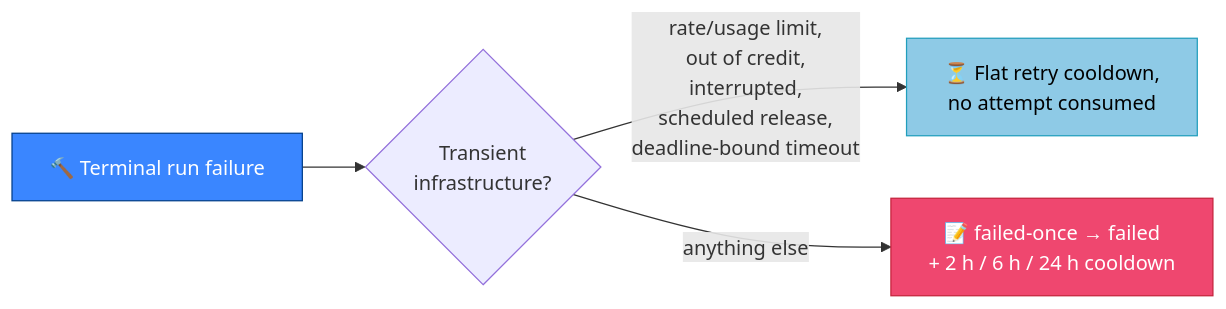
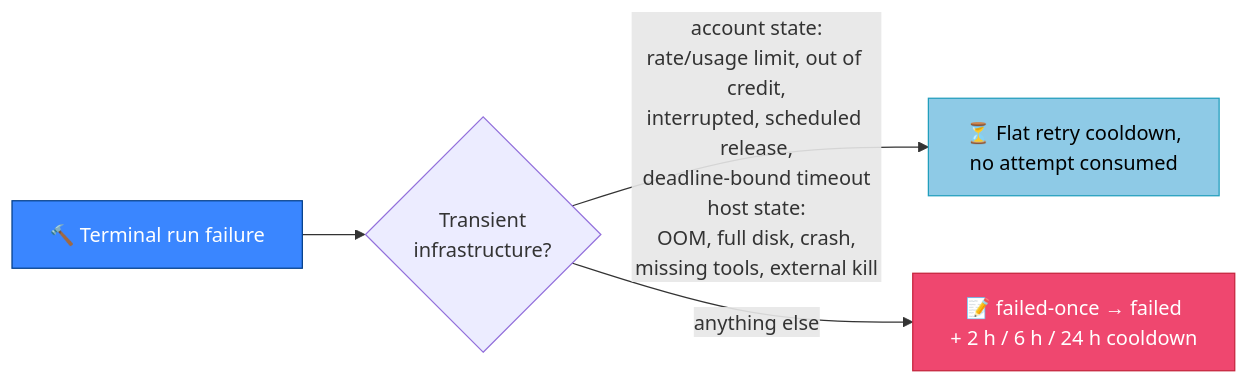
Before and after one commit to stSoftwareAU/VibeCoder: the second of 4 diagrams in docs/USAGE.md, drawn with Mermaid. The commit also changed other lines of this file and 8 other files, not shown here.

````diff
--- a/docs/USAGE.md
+++ b/docs/USAGE.md
@@ -281,10 +293,10 @@
 ```mermaid
 flowchart LR
     F["🔨 Terminal run failure"] --> C{"Transient<br/>infrastructure?"}
-    C -->|"rate/usage limit,<br/>out of credit,<br/>interrupted,<br/>scheduled release,<br/>deadline-bound timeout"| T["⏳ Flat retry cooldown,<br/>no attempt consumed"]
+    C -->|"account state:<br/>rate/usage limit, out of credit,<br/>interrupted, scheduled release,<br/>deadline-bound timeout<br/>host state:<br/>OOM, full disk, crash,<br/>missing tools, external kill"| T["⏳ Flat retry cooldown,<br/>no attempt consumed"]
     C -->|"anything else"| L["📝 failed-once → failed<br/>+ 2 h / 6 h / 24 h cooldown"]
 
     style F fill:#3a86ff,stroke:#023e8a,color:#fff
     style T fill:#8ecae6,stroke:#219ebc,color:#000
     style L fill:#ef476f,stroke:#c5233c,color:#fff
 ```
````
